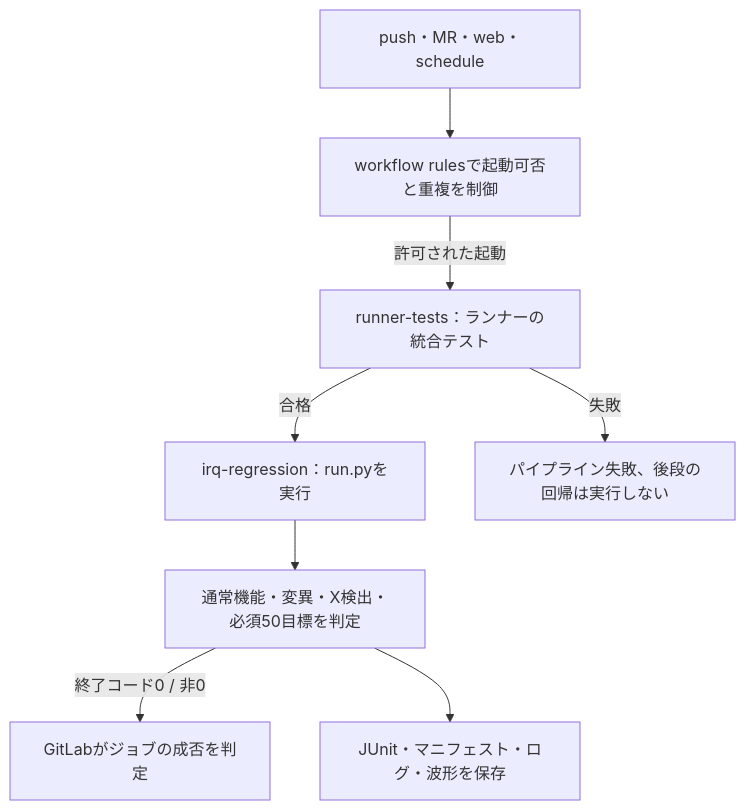
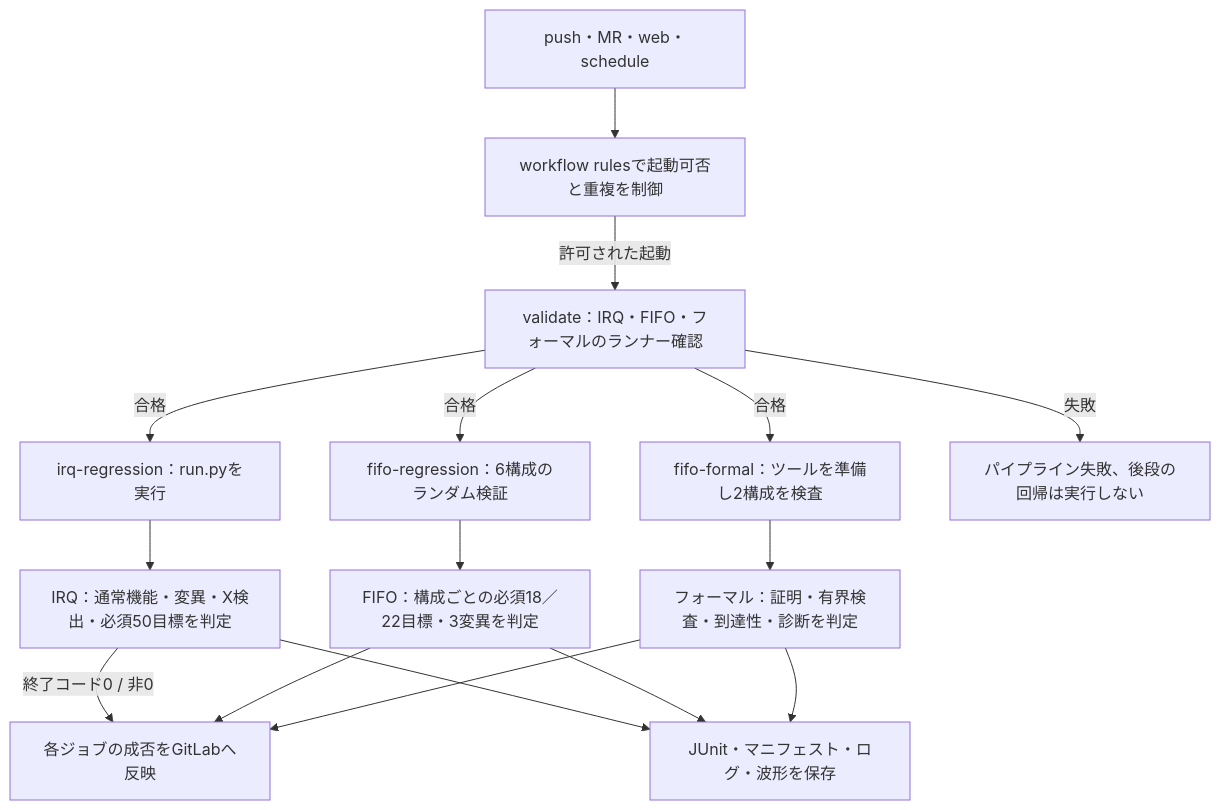
Before and after one commit to kurochan001/lsi-verification-method: the diagram in examples/gitlab-regression/README.md, drawn with Mermaid. The commit also changed other lines of this file and 9 other files, not shown here.

````diff
--- a/examples/gitlab-regression/README.md
+++ b/examples/gitlab-regression/README.md
@@ -78,12 +78,20 @@
 ```mermaid
 flowchart TD
-  accTitle: GitLabの回帰例のジョブと判定の流れ
-  accDescr: workflowが許可した起動でランナー確認を実行し、その合格後にIRQ回帰を実行する。回帰は終了コードとJUnit、証跡をGitLabへ渡す。
+  accTitle: 三つの検証例を実行するGitLabパイプライン
+  accDescr: workflowが許可した起動で三種類のランナー確認を行い、成功後にIRQ、FIFO六構成、フォーマル二構成を実行して結果と証跡を保存する。
   T["push・MR・web・schedule"] --> W["workflow rulesで起動可否と重複を制御"]
-  W -- "許可された起動" --> V["runner-tests：ランナーの統合テスト"]
+  W -- "許可された起動" --> V["validate：IRQ・FIFO・フォーマルのランナー確認"]
   V -- "合格" --> R["irq-regression：run.pyを実行"]
+  V -- "合格" --> Q["fifo-regression：6構成のランダム検証"]
+  V -- "合格" --> M["fifo-formal：ツールを準備し2構成を検査"]
   V -- "失敗" --> F["パイプライン失敗、後段の回帰は実行しない"]
-  R --> G["通常機能・変異・X検出・必須50目標を判定"]
-  G -- "終了コード0 / 非0" --> J["GitLabがジョブの成否を判定"]
+  R --> G["IRQ：通常機能・変異・X検出・必須50目標を判定"]
+  Q --> GQ["FIFO：構成ごとの必須18／22目標・3変異を判定"]
+  M --> GM["フォーマル：証明・有界検査・到達性・診断を判定"]
+  G -- "終了コード0 / 非0" --> J["各ジョブの成否をGitLabへ反映"]
+  GQ --> J
+  GM --> J
   G --> A["JUnit・マニフェスト・ログ・波形を保存"]
+  GQ --> A
+  GM --> A
 ```
````
